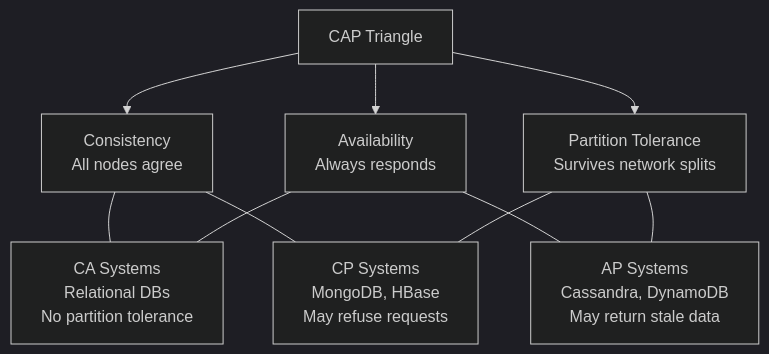
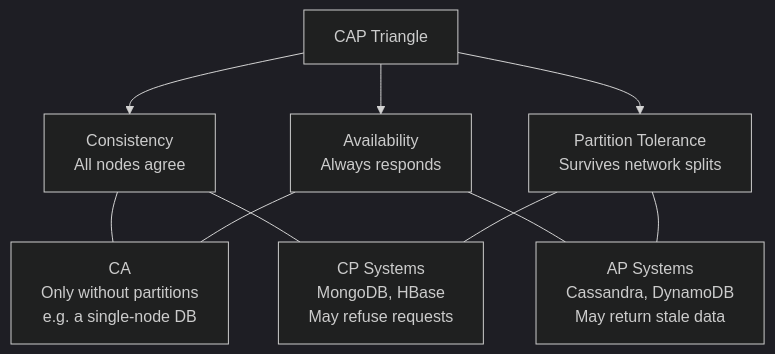
The first of 4 diagrams in docs/content/tracks/track-02-distributed-systems/lesson-01-cap-theorem/index.md (mostafasroor1983/fintech-engineering-mastery), drawn with Mermaid (dark theme) before and after one commit. The commit also changed other lines of this file and 345 other files, not shown here.

````diff
--- a/docs/content/tracks/track-02-distributed-systems/lesson-01-cap-theorem/index.md
+++ b/docs/content/tracks/track-02-distributed-systems/lesson-01-cap-theorem/index.md
@@ -28,18 +28,18 @@
 ```mermaid
 graph TD
     CAP[CAP Triangle]
     C[Consistency\nAll nodes agree]
     A[Availability\nAlways responds]
     P[Partition Tolerance\nSurvives network splits]
     
     CAP --> C
     CAP --> A
     CAP --> P
     
-    C --- CA[CA Systems\nRelational DBs\nNo partition tolerance]
+    C --- CA[CA\nOnly without partitions\ne.g. a single-node DB]
     A --- CA
     C --- CP[CP Systems\nMongoDB, HBase\nMay refuse requests]
     P --- CP
     A --- AP[AP Systems\nCassandra, DynamoDB\nMay return stale data]
     P --- AP
 ```
````
